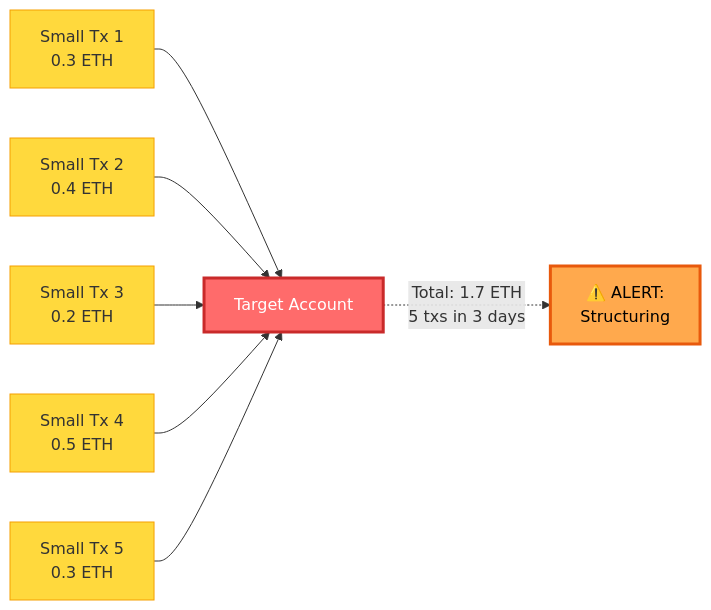
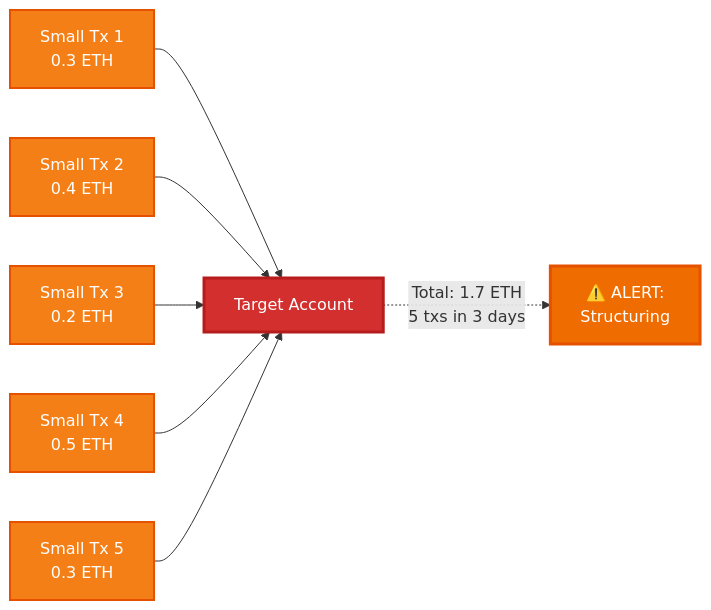
Before and after one commit to gregorizeidler/ethguardian-AI: the third of 11 diagrams in README.md, drawn with Mermaid. The commit also changed other lines of this file, not shown here.

First line of the commit message:
🎨 Improve README: Add all 24 screenshots + fix diagram contrast

````diff
--- a/README.md
+++ b/README.md
@@ -245,19 +253,19 @@
 ```mermaid
 graph LR
     A[Target Account] 
     B1[Small Tx 1<br/>0.3 ETH] --> A
     B2[Small Tx 2<br/>0.4 ETH] --> A
     B3[Small Tx 3<br/>0.2 ETH] --> A
     B4[Small Tx 4<br/>0.5 ETH] --> A
     B5[Small Tx 5<br/>0.3 ETH] --> A
     
     A -.->|Total: 1.7 ETH<br/>5 txs in 3 days| C[⚠️ ALERT:<br/>Structuring]
     
-    style A fill:#FF6B6B,stroke:#C92A2A,stroke-width:3px,color:#fff
-    style C fill:#FFA94D,stroke:#E8590C,stroke-width:3px,color:#000
-    style B1 fill:#FFD93D,stroke:#F59F00
-    style B2 fill:#FFD93D,stroke:#F59F00
-    style B3 fill:#FFD93D,stroke:#F59F00
-    style B4 fill:#FFD93D,stroke:#F59F00
-    style B5 fill:#FFD93D,stroke:#F59F00
+    style A fill:#D32F2F,stroke:#B71C1C,stroke-width:3px,color:#fff
+    style C fill:#EF6C00,stroke:#E65100,stroke-width:3px,color:#fff
+    style B1 fill:#F57F17,stroke:#E65100,stroke-width:2px,color:#fff
+    style B2 fill:#F57F17,stroke:#E65100,stroke-width:2px,color:#fff
+    style B3 fill:#F57F17,stroke:#E65100,stroke-width:2px,color:#fff
+    style B4 fill:#F57F17,stroke:#E65100,stroke-width:2px,color:#fff
+    style B5 fill:#F57F17,stroke:#E65100,stroke-width:2px,color:#fff
 ```
````
